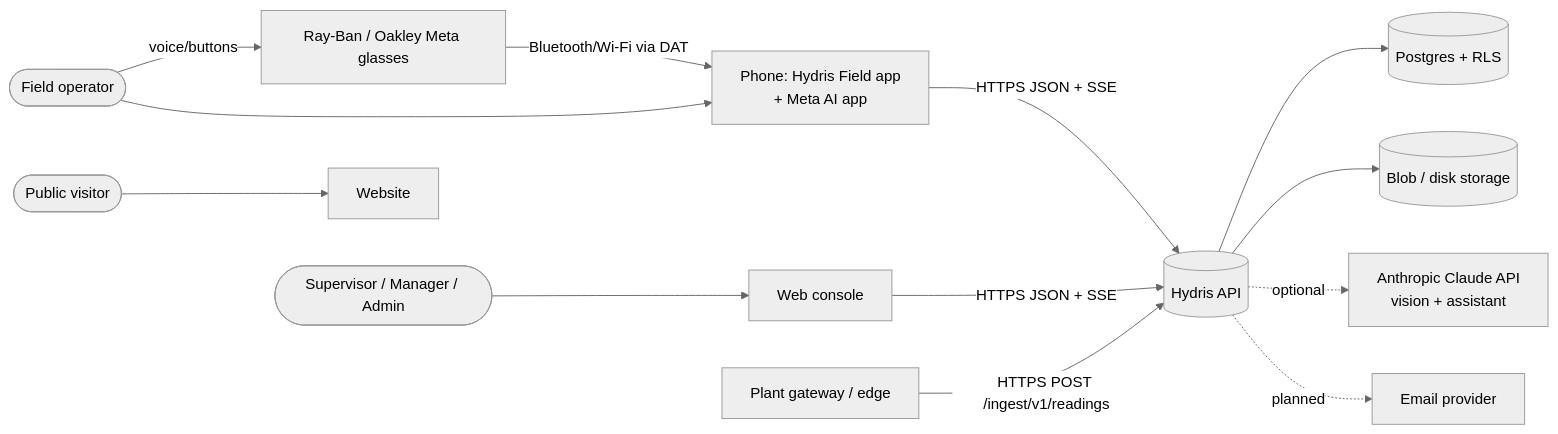
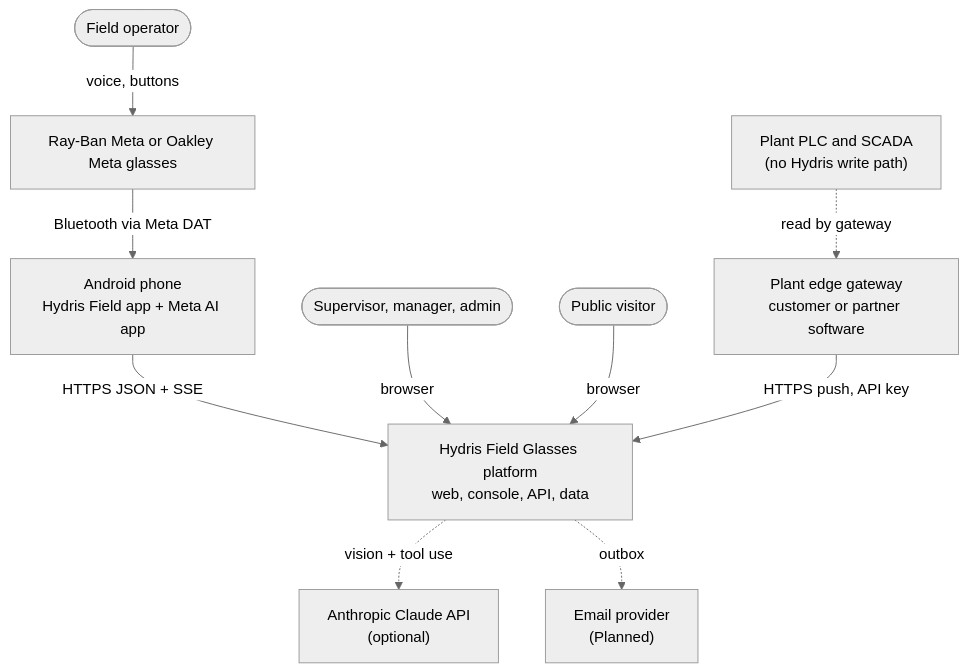
One commit to tarun-km/hydrisview changed the first of 23 diagrams in docs/product/ARCHITECTURE.md. Above: the diagram before and after it, drawn with Mermaid (neutral theme). The commit also changed other lines of this file and 78 other files, not shown here.

````diff
--- a/docs/product/ARCHITECTURE.md
+++ b/docs/product/ARCHITECTURE.md
@@ -5,15 +70,23 @@
 ```mermaid
-flowchart LR
-  Op([Field operator]) -- voice/buttons --> Glasses[Ray-Ban / Oakley Meta glasses]
-  Glasses -- Bluetooth/Wi-Fi via DAT --> Phone[Phone: Hydris Field app\n+ Meta AI app]
-  Op --> Phone
-  Sup([Supervisor / Manager / Admin]) --> Console[Web console]
-  Phone -- HTTPS JSON + SSE --> API[(Hydris API)]
-  Console -- HTTPS JSON + SSE --> API
-  GW[Plant gateway / edge] -- HTTPS POST /ingest/v1/readings --> API
-  API --> PG[(Postgres + RLS)]
-  API --> Blob[(Blob / disk storage)]
-  API -. optional .-> Claude[Anthropic Claude API\nvision + assistant]
-  API -. planned .-> Mail[Email provider]
-  Visitor([Public visitor]) --> Site[Website]
+%% caption: System context (C4 level 1). Hydris sits beside the plant control system, never inside it.
+flowchart TB
+  Op(["Field operator"])
+  Sup(["Supervisor, manager, admin"])
+  Vis(["Public visitor"])
+  Glasses["Ray-Ban Meta or Oakley Meta glasses"]
+  Phone["Android phone<br/>Hydris Field app + Meta AI app"]
+  HFG["Hydris Field Glasses platform<br/>web, console, API, data"]
+  GW["Plant edge gateway<br/>customer or partner software"]
+  SCADA["Plant PLC and SCADA<br/>(no Hydris write path)"]
+  LLM["Anthropic Claude API<br/>(optional)"]
+  Mail["Email provider<br/>(Planned)"]
+  Op -- "voice, buttons" --> Glasses
+  Glasses -- "Bluetooth via Meta DAT" --> Phone
+  Phone -- "HTTPS JSON + SSE" --> HFG
+  Sup -- "browser" --> HFG
+  Vis -- "browser" --> HFG
+  SCADA -. "read by gateway" .-> GW
+  GW -- "HTTPS push, API key" --> HFG
+  HFG -. "vision + tool use" .-> LLM
+  HFG -. "outbox" .-> Mail
 ```
````
